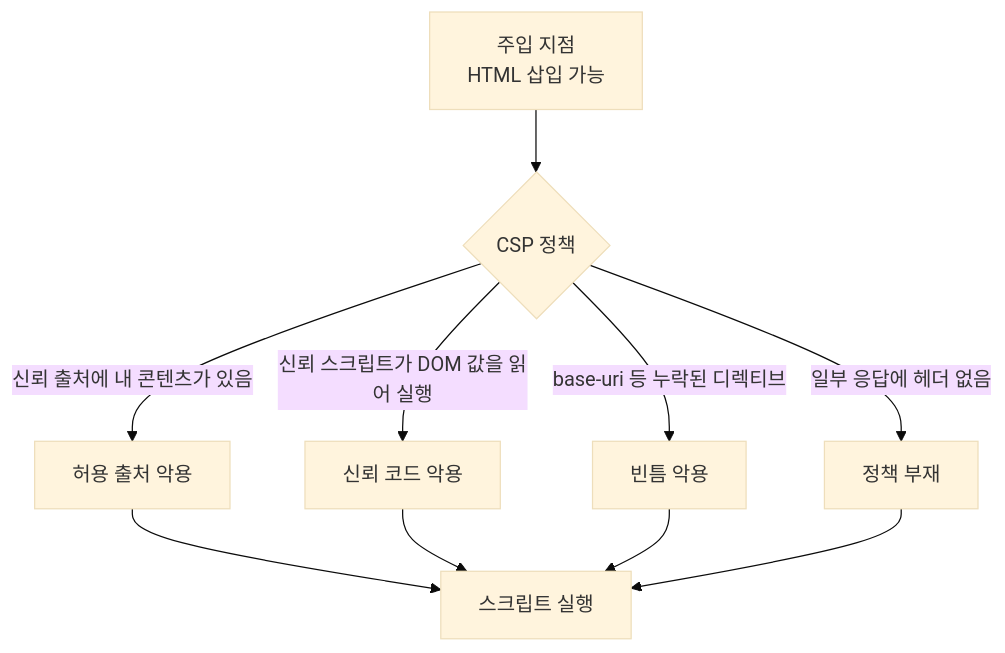
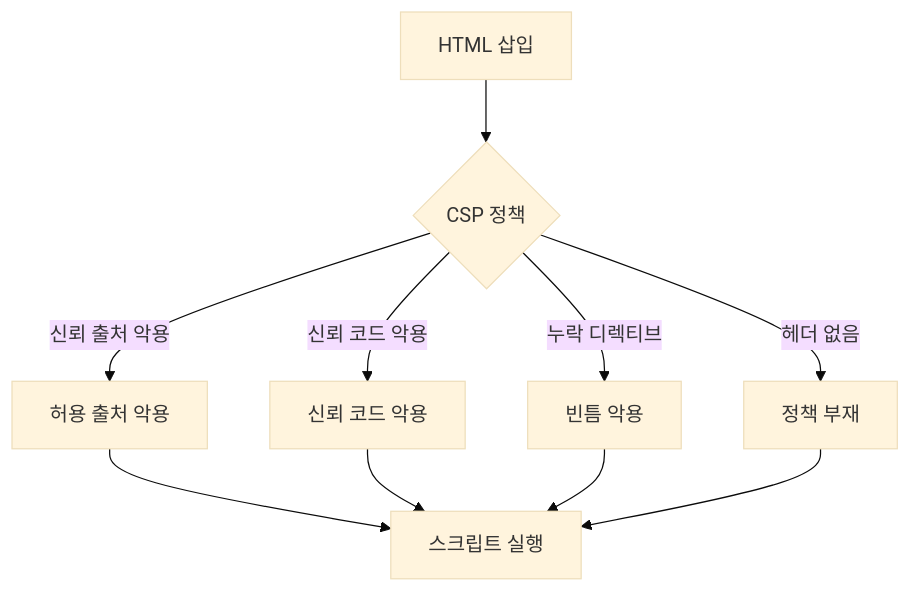
The diagram in _notes/csp-bypass-patterns.md (logiciris/logiciris.github.io), drawn with Mermaid (base theme) before and after one commit. The commit also changed other lines of this file and 28 other files, not shown here.

Commit message:
Notes batches 1-2: qa fixes (accuracy, links, mermaid labels)

````diff
--- a/_notes/csp-bypass-patterns.md
+++ b/_notes/csp-bypass-patterns.md
@@ -22,12 +22,12 @@
 ```mermaid
 flowchart TD
-    I["주입 지점<br/>HTML 삽입 가능"] --> P{"CSP 정책"}
-    P -->|"신뢰 출처에 내 콘텐츠가 있음"| A["허용 출처 악용"]
-    P -->|"신뢰 스크립트가 DOM 값을 읽어 실행"| B["신뢰 코드 악용"]
-    P -->|"base-uri 등 누락된 디렉티브"| C["빈틈 악용"]
-    P -->|"일부 응답에 헤더 없음"| D["정책 부재"]
+    I["HTML 삽입"] --> P{"CSP 정책"}
+    P -->|"신뢰 출처 악용"| A["허용 출처 악용"]
+    P -->|"신뢰 코드 악용"| B["신뢰 코드 악용"]
+    P -->|"누락 디렉티브"| C["빈틈 악용"]
+    P -->|"헤더 없음"| D["정책 부재"]
     A --> X["스크립트 실행"]
     B --> X
     C --> X
     D --> X
 ```
````
